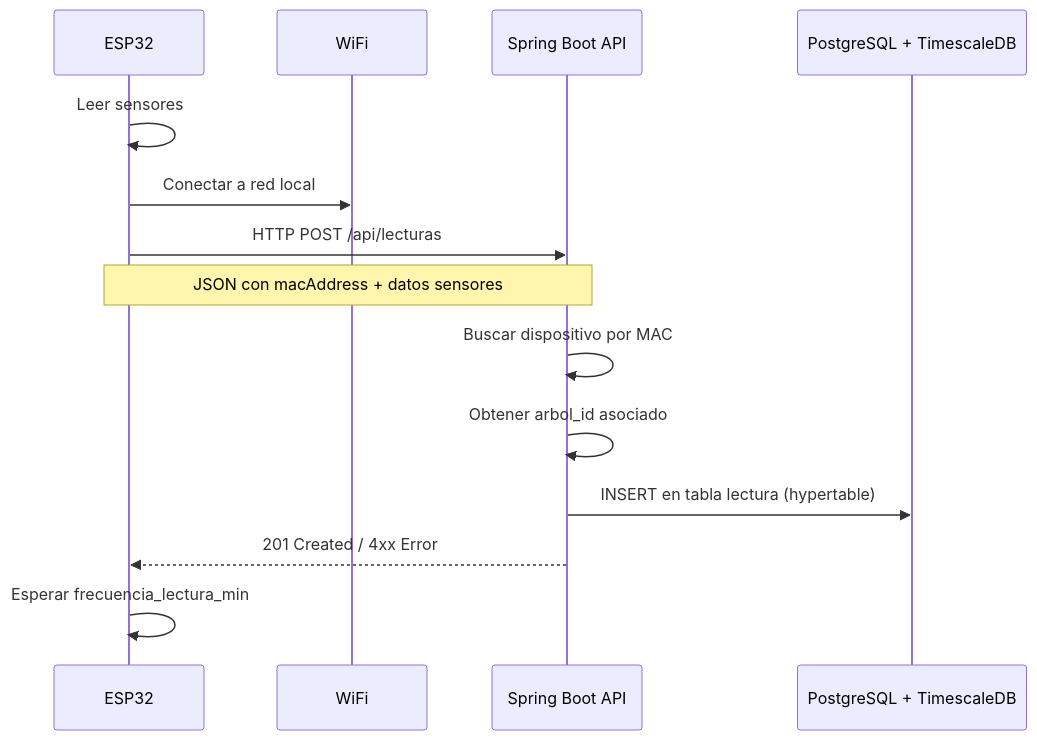
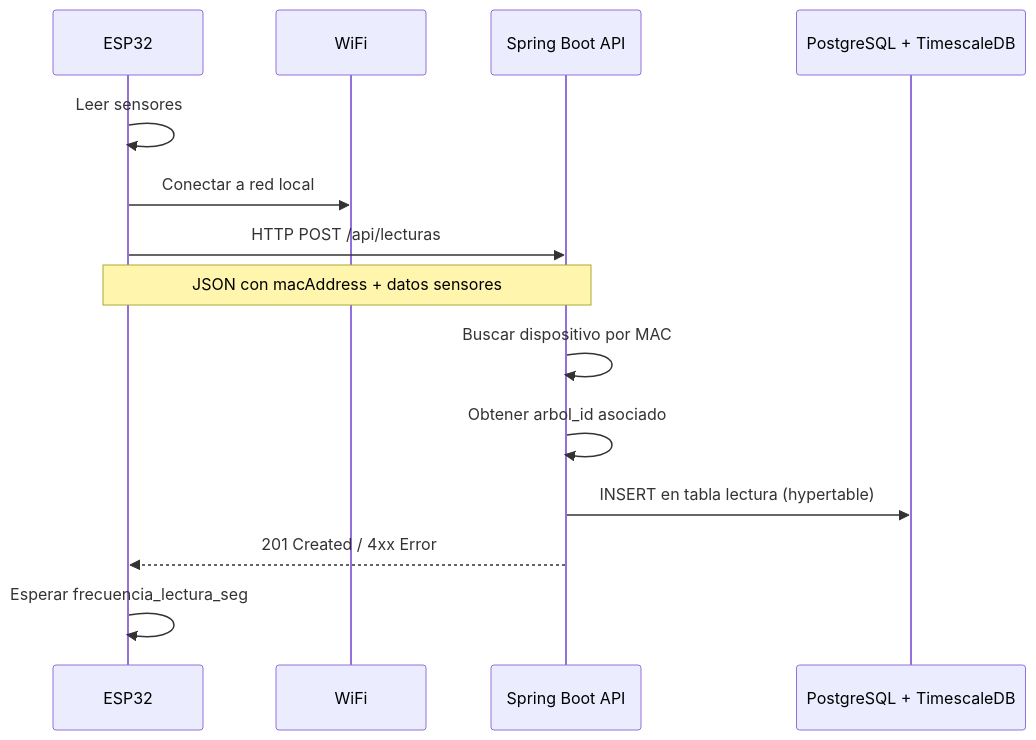
Before and after one commit to riordi80/vocational-training-final-project: the diagram in docs/05. ROADMAP_IOT_ESP32.md, drawn with Mermaid. The commit also changed other lines of this file and 1 other file, not shown here.

Commit message:
docs: update frecuencia_lectura_min to frecuencia_lectura_seg in data model and IoT roadmap

````diff
--- a/docs/05. ROADMAP_IOT_ESP32.md
+++ b/docs/05. ROADMAP_IOT_ESP32.md
@@ -12,17 +12,17 @@
 ```mermaid
 sequenceDiagram
     participant ESP32
     participant WiFi
     participant Backend as Spring Boot API
     participant DB as PostgreSQL + TimescaleDB
 
     ESP32->>ESP32: Leer sensores
     ESP32->>WiFi: Conectar a red local
     ESP32->>Backend: HTTP POST /api/lecturas
     Note over ESP32,Backend: JSON con macAddress + datos sensores
     Backend->>Backend: Buscar dispositivo por MAC
     Backend->>Backend: Obtener arbol_id asociado
     Backend->>DB: INSERT en tabla lectura (hypertable)
     Backend-->>ESP32: 201 Created / 4xx Error
-    ESP32->>ESP32: Esperar frecuencia_lectura_min
+    ESP32->>ESP32: Esperar frecuencia_lectura_seg
 ```
````
